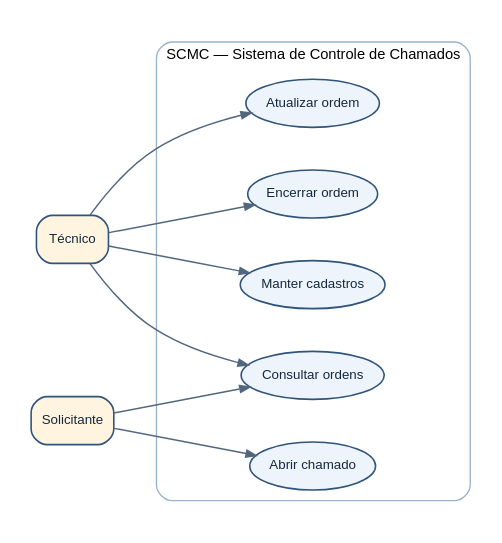
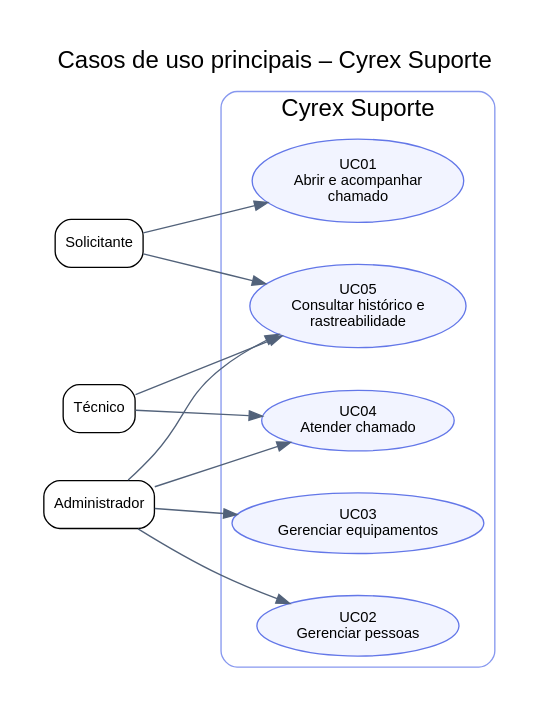
The diagram in docs/diagramas/casos_de_uso.dot (Hian0liveira/scmc-sistema-chamados), drawn with Graphviz before and after one commit. The commit also changed 27 other files, not shown here.

Commit message:
Publish complete Cyrex support system source and documentation

```diff
--- a/docs/diagramas/casos_de_uso.dot
+++ b/docs/diagramas/casos_de_uso.dot
@@ -1,1 +1,8 @@
-digraph G { graph [fontname="Arial",fontsize=11,bgcolor="white",pad="0.22",nodesep="0.45",ranksep="0.55"]; node [fontname="Arial",fontsize=10,color="#31547a",fontcolor="#15283e",style="rounded,filled",fillcolor="#edf4fb",penwidth=1.2]; edge [fontname="Arial",fontsize=9,color="#52677e",fontcolor="#24384d",penwidth=1.1,arrowsize=.75]; rankdir=LR; subgraph cluster_sys { label="SCMC — Sistema de Controle de Chamados"; color="#9ab3cc"; style="rounded"; UC1 [label="Manter cadastros",shape=ellipse]; UC2 [label="Abrir chamado",shape=ellipse]; UC3 [label="Consultar ordens",shape=ellipse]; UC4 [label="Atualizar ordem",shape=ellipse]; UC5 [label="Encerrar ordem",shape=ellipse]; } Tecnico [label="Técnico",shape=box,fillcolor="#fff4df"]; Solicitante [label="Solicitante",shape=box,fillcolor="#fff4df"]; Tecnico -> UC1; Tecnico -> UC3; Tecnico -> UC4; Tecnico -> UC5; Solicitante -> UC2; Solicitante -> UC3; }
+digraph CyrexUseCases { graph [rankdir=LR, bgcolor="white", pad=0.35, nodesep=0.45, ranksep=0.8, fontname="Arial", label="Casos de uso principais – Cyrex Suporte", labelloc=t, fontsize=18]; node [fontname="Arial", fontsize=11]; edge [fontname="Arial", fontsize=9, color="#52627a"]; solicitante [shape=box, style="rounded", label="Solicitante"]; tecnico [shape=box, style="rounded", label="Técnico"]; admin [shape=box, style="rounded", label="Administrador"]; subgraph cluster_system { label="Cyrex Suporte"; color="#8798ef"; style="rounded"; node [shape=ellipse, style="filled", fillcolor="#f2f4ff", color="#6377e8"]; uc1 [label="UC01
+Abrir e acompanhar
+chamado"]; uc2 [label="UC02
+Gerenciar pessoas"]; uc3 [label="UC03
+Gerenciar equipamentos"]; uc4 [label="UC04
+Atender chamado"]; uc5 [label="UC05
+Consultar histórico e
+rastreabilidade"]; } solicitante -> uc1; solicitante -> uc5; tecnico -> uc4; tecnico -> uc5; admin -> uc2; admin -> uc3; admin -> uc4; admin -> uc5; }
```
